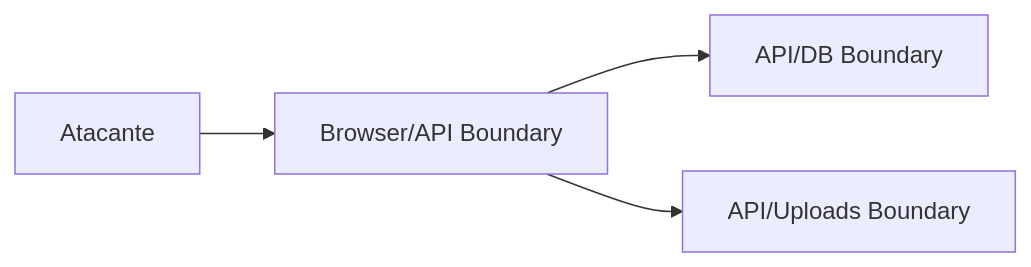
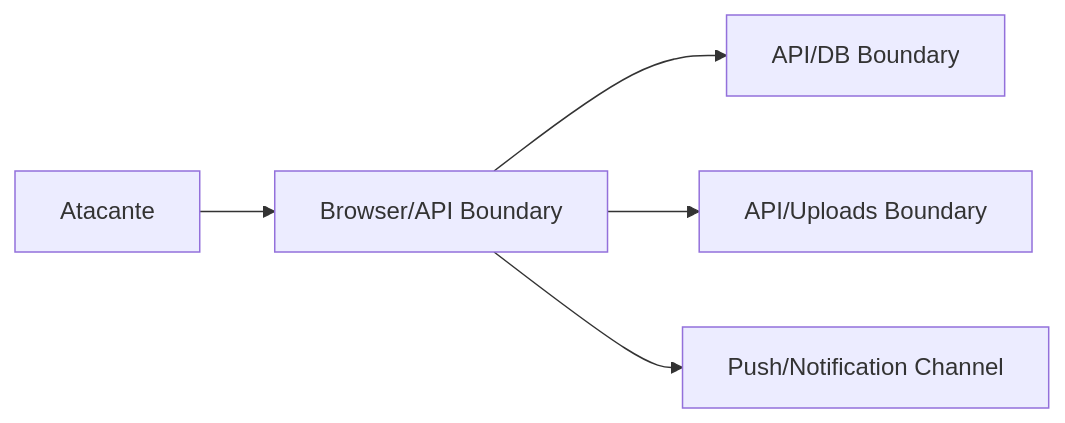
One commit to marcusvrom/healthapp changed the diagram in docs/security/threat-model.md. Above: the diagram before and after it, drawn with Mermaid. The commit also changed other lines of this file and 12 other files, not shown here.

````diff
--- a/docs/security/threat-model.md
+++ b/docs/security/threat-model.md
@@ -11,6 +12,7 @@
 ```mermaid
 flowchart LR
-A[Atacante] --> B[Browser/API Boundary]
-B --> C[API/DB Boundary]
-B --> D[API/Uploads Boundary]
+    A[Atacante] --> B[Browser/API Boundary]
+    B --> C[API/DB Boundary]
+    B --> D[API/Uploads Boundary]
+    B --> E[Push/Notification Channel]
 ```
````
